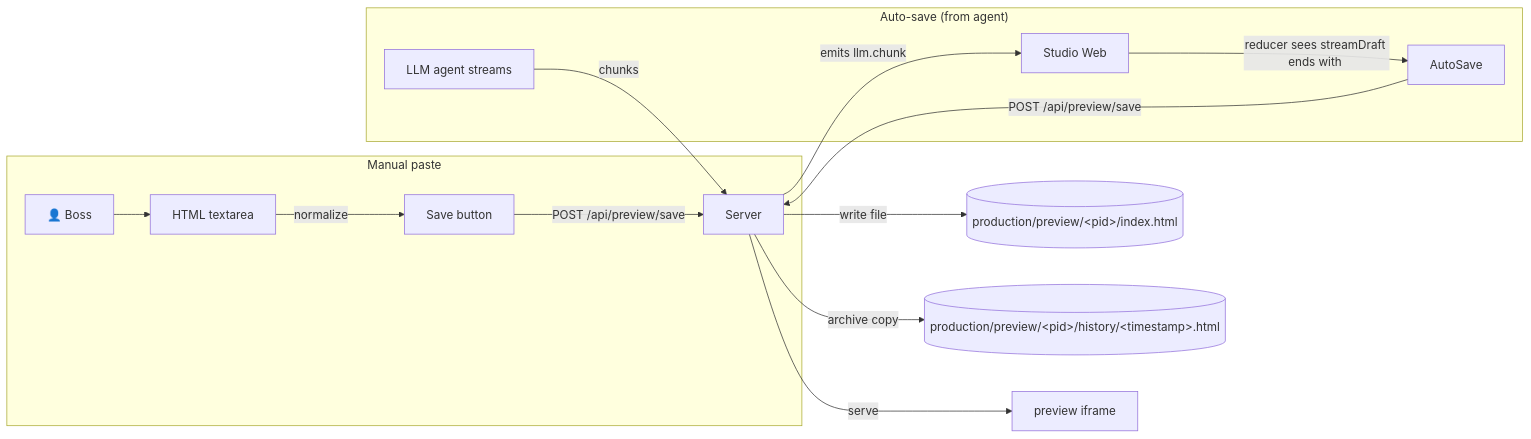
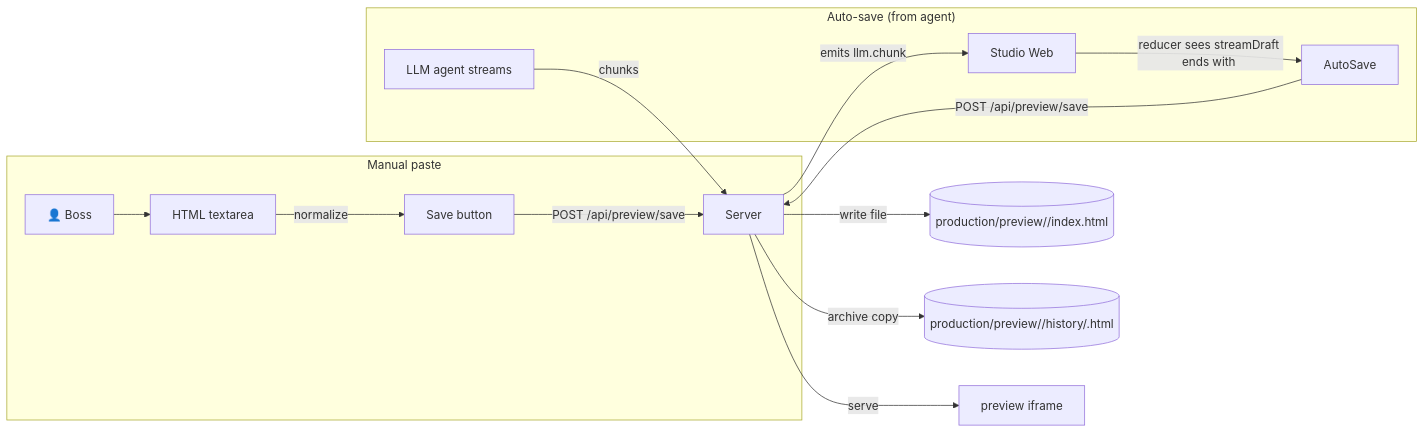
One commit to YeLuo45/AiGameAgent-design changed the diagram in docs-site/docs/07-monitor-and-preview.md. Above: the diagram before and after it, drawn with Mermaid. The commit also changed other lines of this file and 16 other files, not shown here.

````diff
--- a/docs-site/docs/07-monitor-and-preview.md
+++ b/docs-site/docs/07-monitor-and-preview.md
@@ -9,19 +9,19 @@
 ```mermaid
 flowchart LR
   subgraph Manual["Manual paste"]
     Boss[👤 Boss] --> Textarea[HTML textarea]
     Textarea -->|normalize| SaveBtn[Save button]
     SaveBtn -->|POST /api/preview/save| Server
   end
 
   subgraph Auto["Auto-save (from agent)"]
     LLM[LLM agent streams] -->|chunks| Server
     Server -->|emits llm.chunk| UI[Studio Web]
     UI -->|reducer sees streamDraft ends with </html>| AutoSave
     AutoSave -->|POST /api/preview/save| Server
   end
 
-  Server -->|write file| FS[(production/preview/&lt;pid&gt;/index.html)]
-  Server -->|archive copy| History[(production/preview/&lt;pid&gt;/history/&lt;timestamp&gt;.html)]
+  Server -->|write file| FS[(production/preview/<pid>/index.html)]
+  Server -->|archive copy| History[(production/preview/<pid>/history/<timestamp>.html)]
   Server -->|serve| Iframe[preview iframe]
 ```
````
